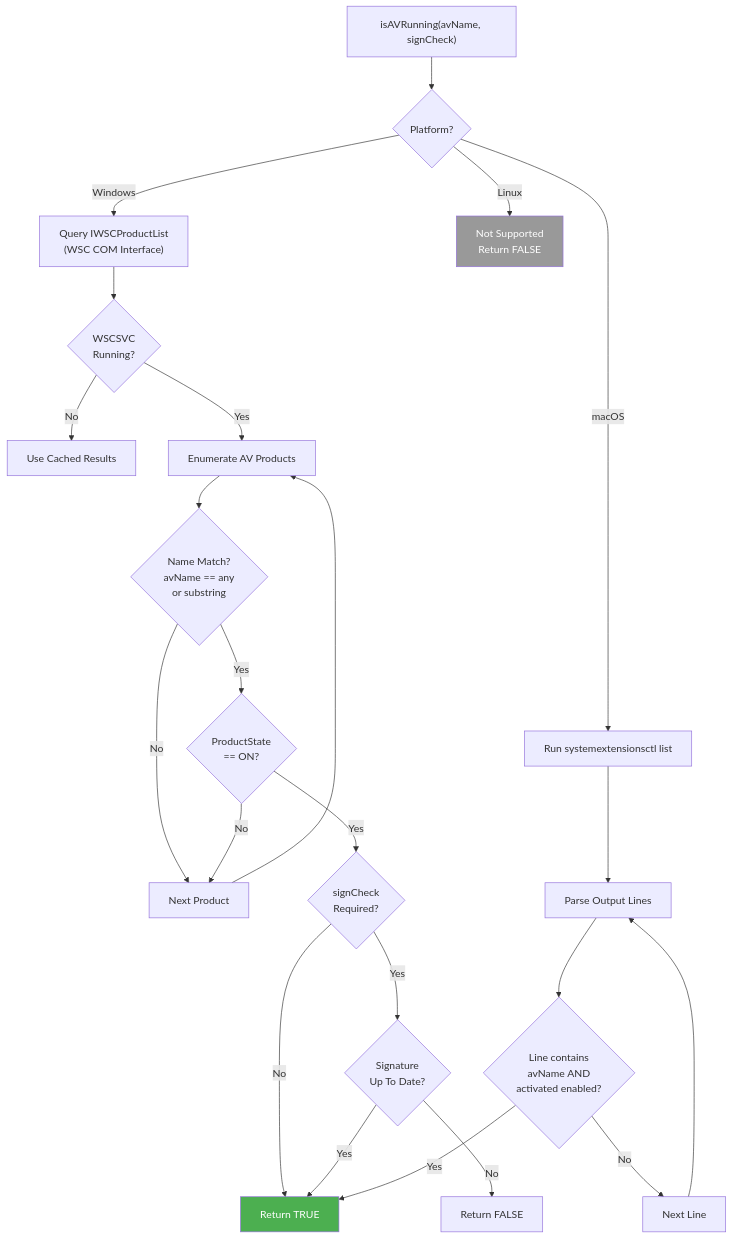
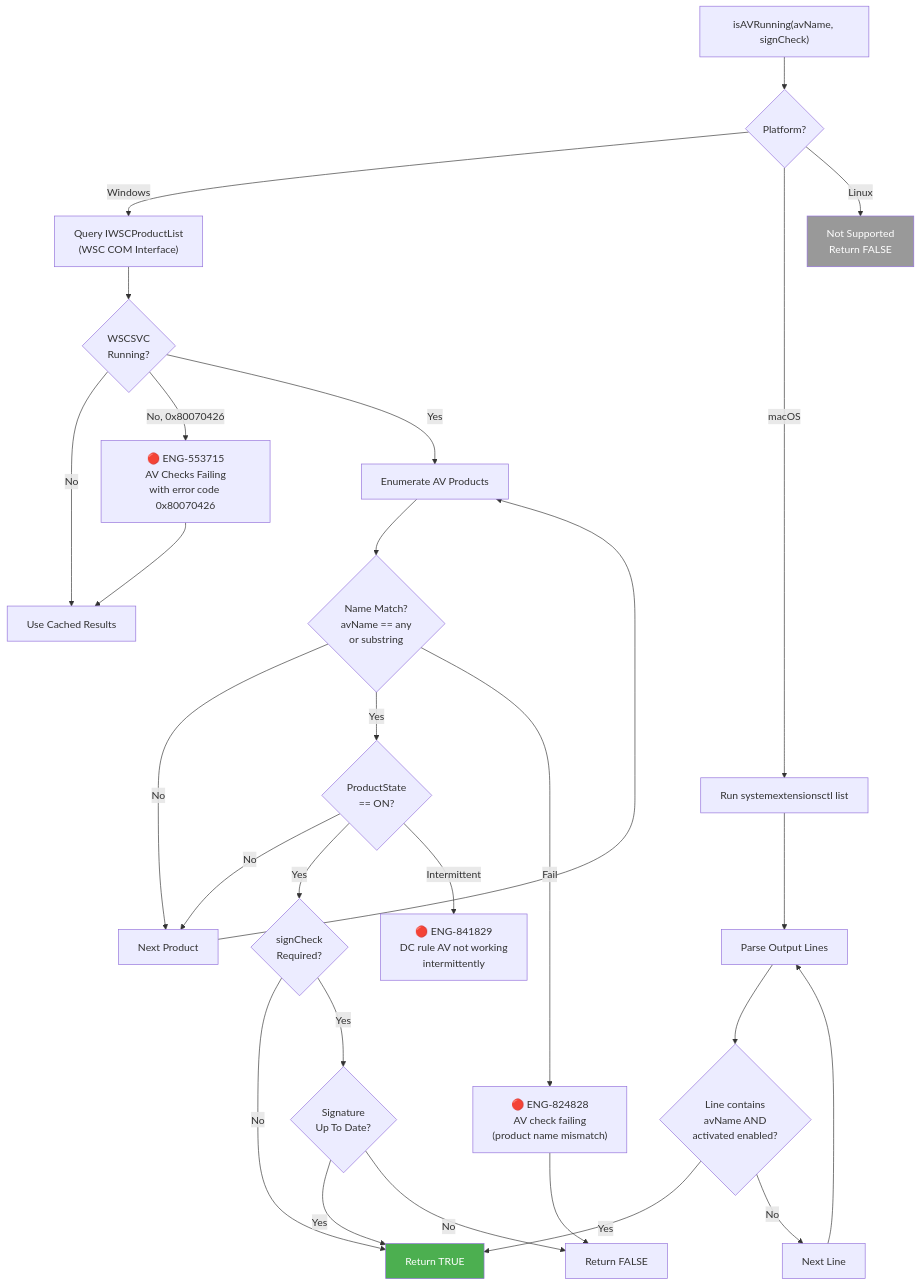
The fourth of 10 diagrams in chapters/12_device_classification.md (ns-klin/endpoint_system_test_plan), drawn with Mermaid before and after one commit. The commit also changed other lines of this file and 26 other files, not shown here.

First line of the commit message:
Add 87 bugs from Excel enrichment and integrate into mermaid diagrams

````diff
--- a/chapters/12_device_classification.md
+++ b/chapters/12_device_classification.md
@@ -345,31 +357,37 @@
 ```mermaid
 flowchart TD
     START["isAVRunning(avName, signCheck)"] --> PLAT{Platform?}
 
     PLAT -->|Windows| WSC["Query IWSCProductList<br/>(WSC COM Interface)"]
     WSC --> SVC_CHECK{WSCSVC<br/>Running?}
     SVC_CHECK -->|No| FALLBACK["Use Cached Results"]
+    SVC_CHECK -->|No, 0x80070426| BUG_553715["🔴 ENG-553715<br/>AV Checks Failing<br/>with error code 0x80070426"]
+    BUG_553715 --> FALLBACK
     SVC_CHECK -->|Yes| ENUM["Enumerate AV Products"]
     ENUM --> NAME_MATCH{Name Match?<br/>avName == any<br/>or substring}
     NAME_MATCH -->|No| NEXT_PROD["Next Product"]
     NEXT_PROD --> ENUM
     NAME_MATCH -->|Yes| STATE{ProductState<br/>== ON?}
     STATE -->|No| NEXT_PROD
     STATE -->|Yes| SIGN{signCheck<br/>Required?}
     SIGN -->|No| PASS[Return TRUE]
     SIGN -->|Yes| SIG_CHECK{Signature<br/>Up To Date?}
     SIG_CHECK -->|Yes| PASS
     SIG_CHECK -->|No| FAIL[Return FALSE]
+
+    NAME_MATCH -->|Fail| BUG_824828["🔴 ENG-824828<br/>AV check failing<br/>(product name mismatch)"]
+    BUG_824828 --> FAIL
+    STATE -->|Intermittent| BUG_841829["🔴 ENG-841829<br/>DC rule AV not working<br/>intermittently"]
 
     PLAT -->|macOS| SYSEXT["Run systemextensionsctl list"]
     SYSEXT --> PARSE["Parse Output Lines"]
     PARSE --> MAC_MATCH{Line contains<br/>avName AND<br/>activated enabled?}
     MAC_MATCH -->|Yes| PASS
     MAC_MATCH -->|No| MAC_NEXT["Next Line"]
     MAC_NEXT --> PARSE
 
     PLAT -->|Linux| UNSUPPORTED["Not Supported<br/>Return FALSE"]
 
     style PASS fill:#4CAF50,color:#fff
     style UNSUPPORTED fill:#999,color:#fff
 ```
````
